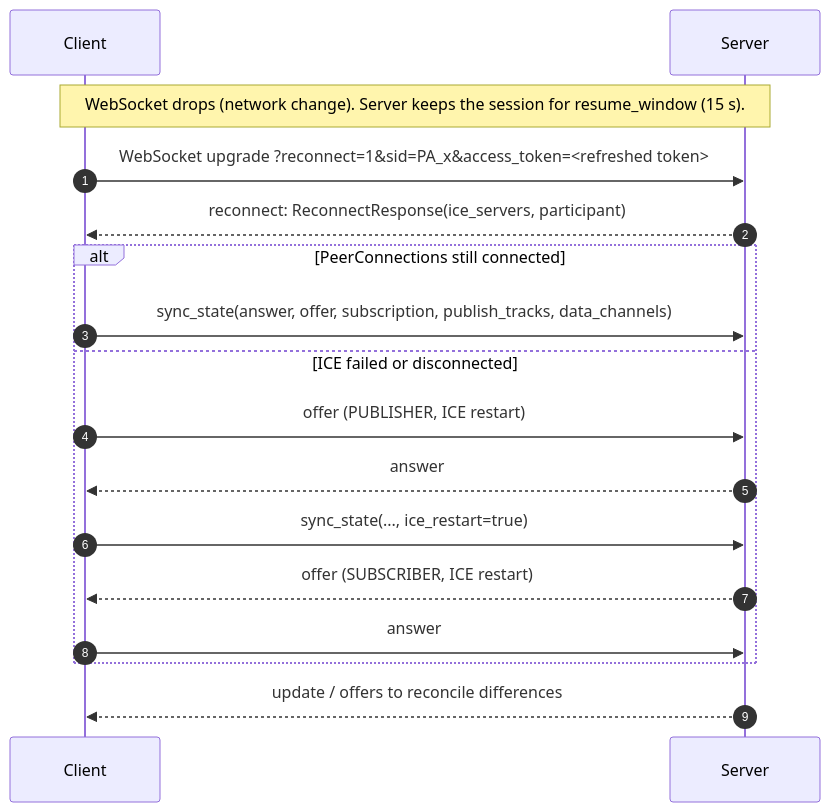
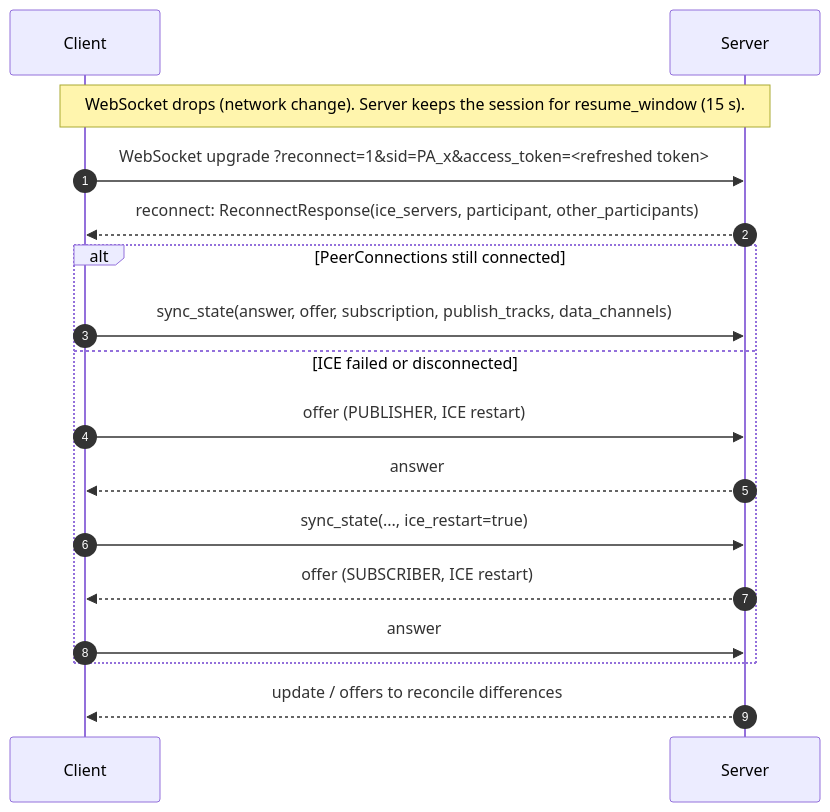
One commit to KeshavGoyal26/tessera changed the second of 2 diagrams in docs/PROTOCOL.md. Above: the diagram before and after it, drawn with Mermaid. The commit also changed 16 other files, not shown here.

````diff
--- a/docs/PROTOCOL.md
+++ b/docs/PROTOCOL.md
@@ -151,19 +151,19 @@
 ```mermaid
 sequenceDiagram
   autonumber
   participant C as Client
   participant S as Server
   Note over C,S: WebSocket drops (network change). Server keeps the session for resume_window (15 s).
   C->>S: WebSocket upgrade ?reconnect=1&sid=PA_x&access_token=<refreshed token>
-  S-->>C: reconnect: ReconnectResponse(ice_servers, participant)
+  S-->>C: reconnect: ReconnectResponse(ice_servers, participant, other_participants)
   alt PeerConnections still connected
     C->>S: sync_state(answer, offer, subscription, publish_tracks, data_channels)
   else ICE failed or disconnected
     C->>S: offer (PUBLISHER, ICE restart)
     S-->>C: answer
     C->>S: sync_state(..., ice_restart=true)
     S-->>C: offer (SUBSCRIBER, ICE restart)
     C->>S: answer
   end
   S-->>C: update / offers to reconcile differences
 ```
````
